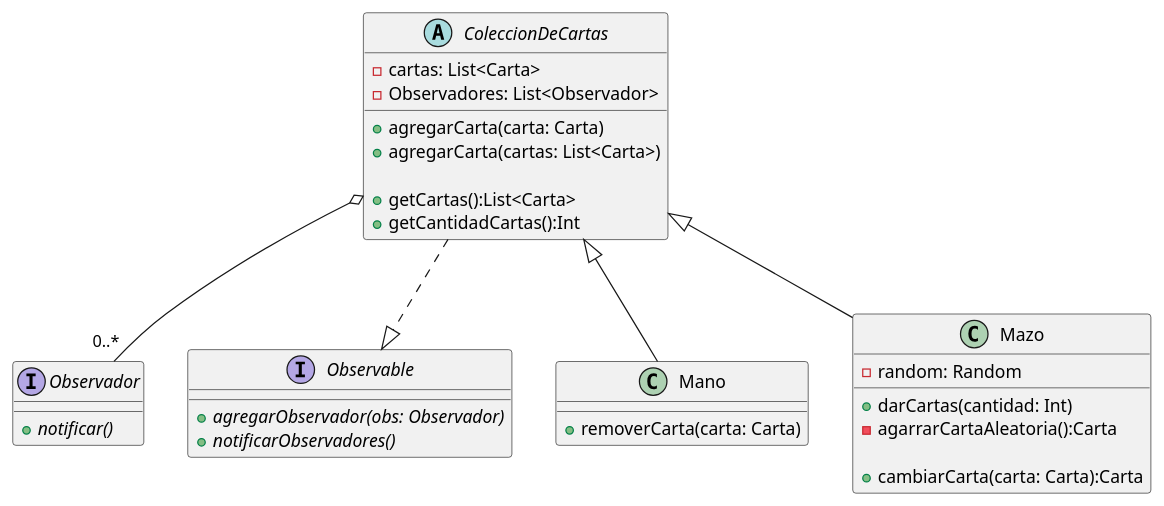
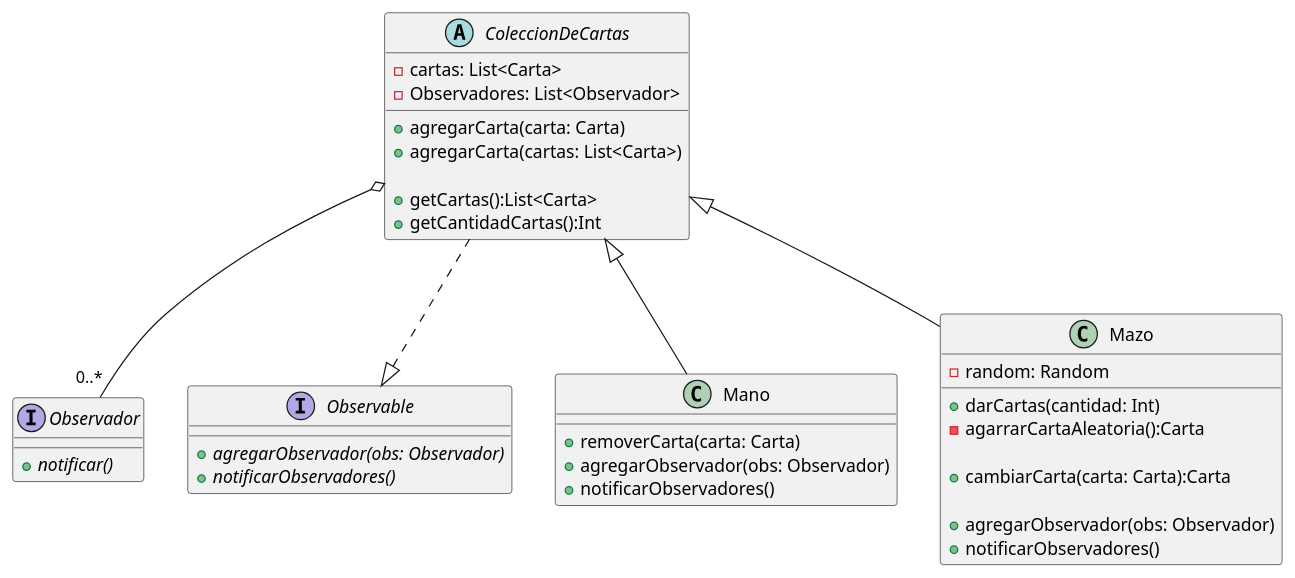
One commit to SebastianColazo-111737/ParadigmasTP2 changed the diagram in diagrams/clases/Cartas/ColeccionDeCartas.puml. Above: the diagram before and after it, drawn with PlantUML. The commit also changed 8 other files, not shown here.

Commit message:
Agrego diagramas de clases de Gwent, jugador y atril

```diff
--- a/diagrams/clases/Cartas/ColeccionDeCartas.puml
+++ b/diagrams/clases/Cartas/ColeccionDeCartas.puml
@@ -1,45 +1,49 @@
 @startuml
 
 interface Observador{
   + {abstract} notificar()
 }
 
 interface Observable{
   + {abstract} agregarObservador(obs: Observador)
   + {abstract} notificarObservadores()
 }
 ColeccionDeCartas ..|> Observable
 
 
 
 abstract class ColeccionDeCartas{
   - cartas: List<Carta>
   - Observadores: List<Observador>
 
   + agregarCarta(carta: Carta)
   + agregarCarta(cartas: List<Carta>)
 
   + getCartas():List<Carta>
   + getCantidadCartas():Int
 
 }
 
 ColeccionDeCartas <|-- Mano
 ColeccionDeCartas <|-- Mazo
 ColeccionDeCartas o-- "0..*" Observador
 
 class Mano{
-  +removerCarta(carta: Carta)
-
+  + removerCarta(carta: Carta)
+  + agregarObservador(obs: Observador)
+  + notificarObservadores()
 }
 
 class Mazo{
   - random: Random
 
   + darCartas(cantidad: Int)
   - agarrarCartaAleatoria():Carta
 
   + cambiarCarta(carta: Carta):Carta
+
+  + agregarObservador(obs: Observador)
+  + notificarObservadores()
 }
 
 @enduml
```
